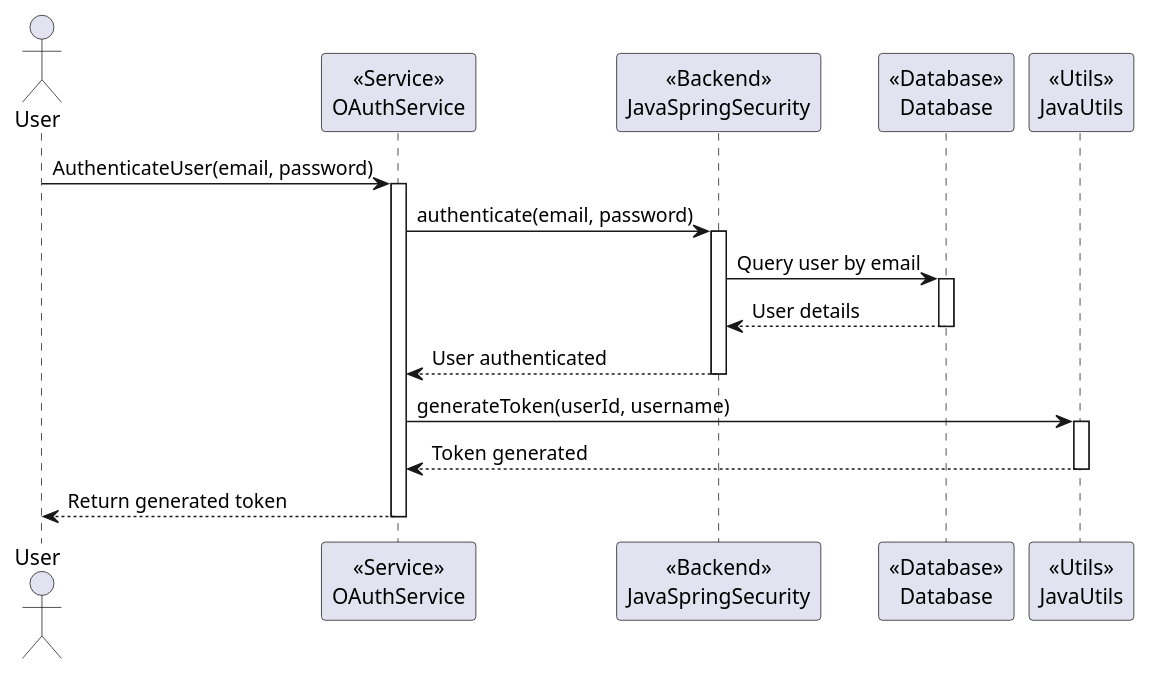
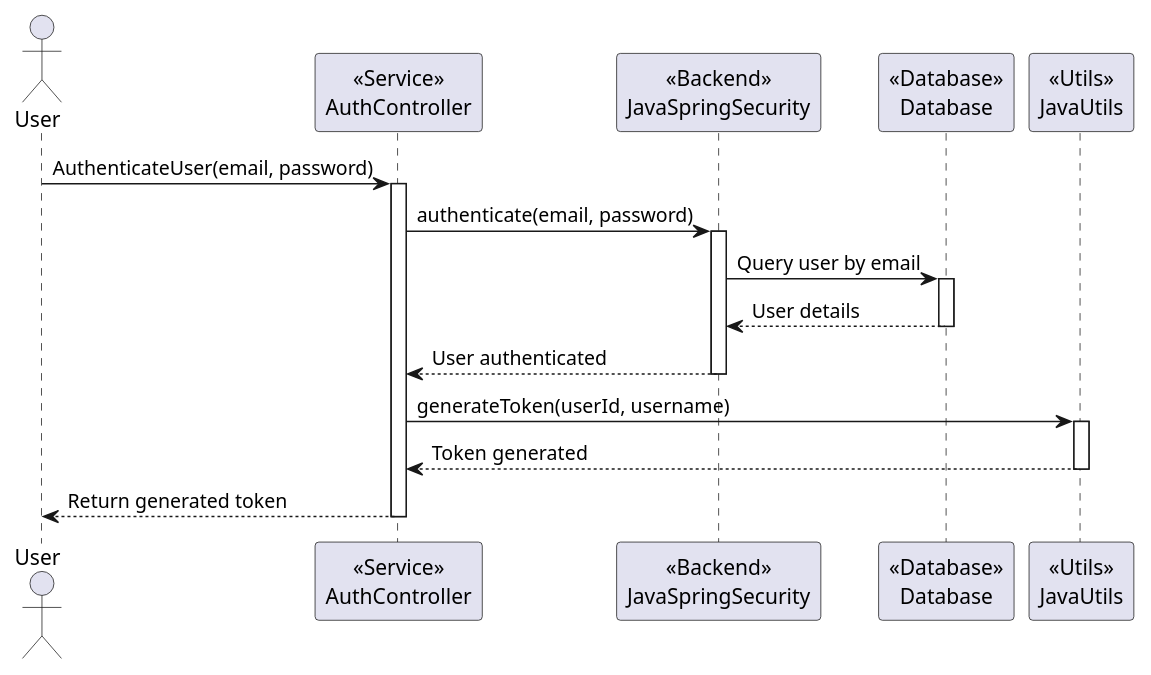
Before and after one commit to Iantomasi/ateliermecanique-ws: the diagram in diagrams/Authentication/Login/LoginSystemLevelSequenceDiagram.puml, drawn with PlantUML. The commit also changed 12 other files, not shown here.

Commit message:
Diagrams, C4, sprint 4 and 5

```diff
--- a/diagrams/Authentication/Login/LoginSystemLevelSequenceDiagram.puml
+++ b/diagrams/Authentication/Login/LoginSystemLevelSequenceDiagram.puml
@@ -1,34 +1,34 @@
 @startuml
 
 actor User
 
-participant OAuthService as "<<Service>>\nOAuthService"
+participant AuthController as "<<Service>>\nAuthController"
 participant JavaSpringSecurity as "<<Backend>>\nJavaSpringSecurity"
 participant Database as "<<Database>>\nDatabase"
 participant JavaUtils as "<<Utils>>\nJavaUtils"
 
-User -> OAuthService: AuthenticateUser(email, password)
-activate OAuthService
+User -> AuthController: AuthenticateUser(email, password)
+activate AuthController
 
-OAuthService -> JavaSpringSecurity: authenticate(email, password)
+AuthController -> JavaSpringSecurity: authenticate(email, password)
 activate JavaSpringSecurity
 
 JavaSpringSecurity -> Database: Query user by email
 activate Database
 
 Database --> JavaSpringSecurity: User details
 deactivate Database
 
-JavaSpringSecurity --> OAuthService: User authenticated
+JavaSpringSecurity --> AuthController: User authenticated
 deactivate JavaSpringSecurity
 
-OAuthService -> JavaUtils: generateToken(userId, username)
+AuthController -> JavaUtils: generateToken(userId, username)
 activate JavaUtils
 
-JavaUtils --> OAuthService: Token generated
+JavaUtils --> AuthController: Token generated
 deactivate JavaUtils
 
-OAuthService --> User: Return generated token
-deactivate OAuthService
+AuthController --> User: Return generated token
+deactivate AuthController
 
 @enduml
```
